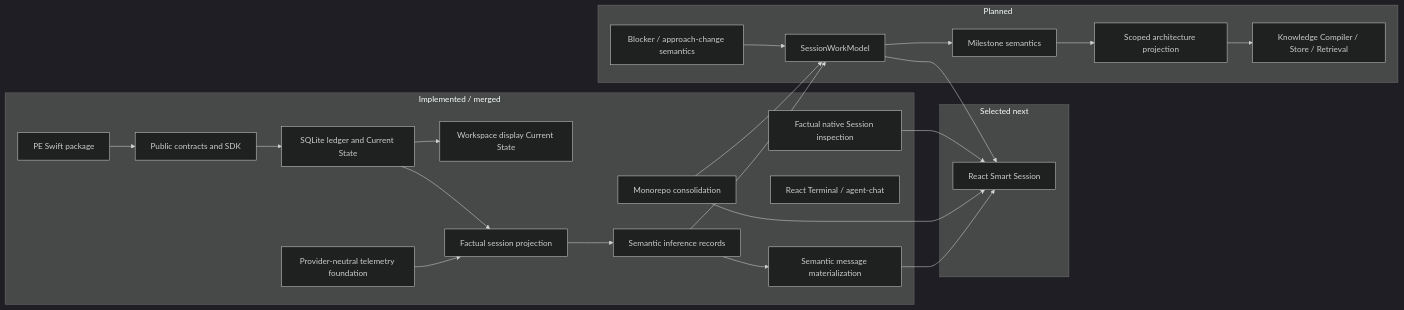
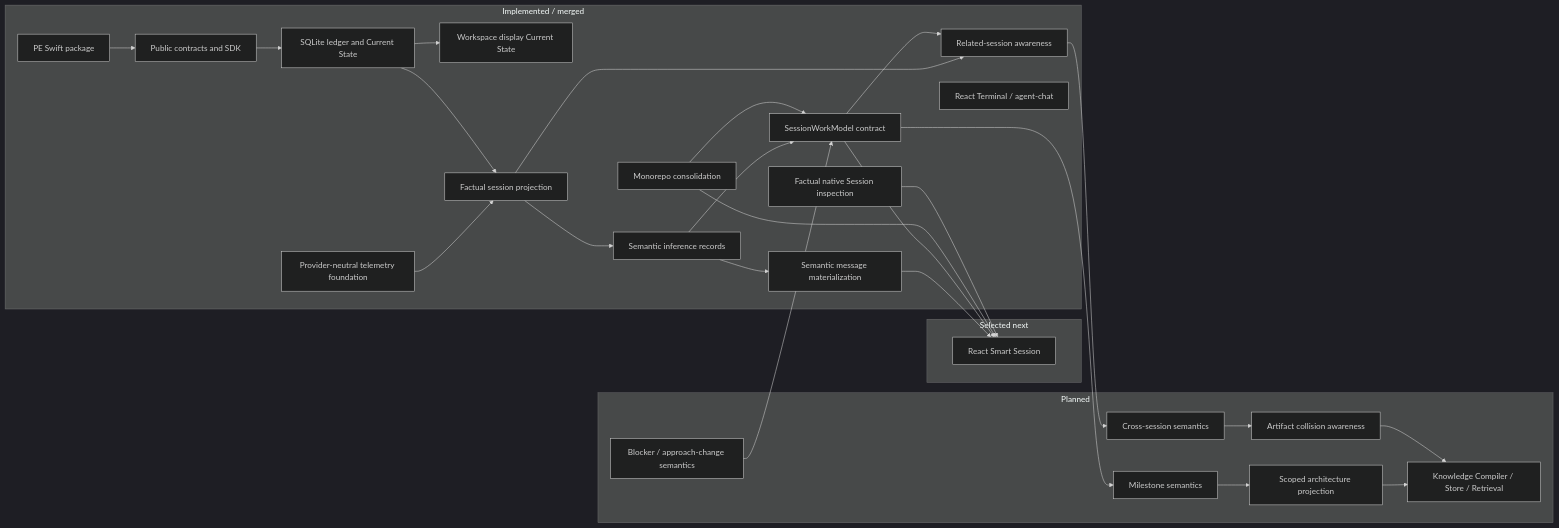
One commit to BrianBusby/bmux changed the diagram in docs/architecture/progress.md. Above: the diagram before and after it, drawn with Mermaid (dark theme). The commit also changed other lines of this file and 18 other files, not shown here.

Commit message:
Document related-session awareness foundation

````diff
--- a/docs/architecture/progress.md
+++ b/docs/architecture/progress.md
@@ -6,39 +6,46 @@
 ```mermaid
 flowchart LR
   subgraph implemented["Implemented / merged"]
     pe_pkg["PE Swift package"]
     local_sdk["Public contracts and SDK"]
     sqlite["SQLite ledger and Current State"]
     workspace["Workspace display Current State"]
     factual["Factual session projection"]
     semantic["Semantic inference records"]
     messages["Semantic message materialization"]
+    work_model["SessionWorkModel contract"]
+    related["Related-session awareness"]
     terminal["React Terminal / agent-chat"]
     telemetry["Provider-neutral telemetry foundation"]
     monorepo["Monorepo consolidation"]
     factual_ui["Factual native Session inspection"]
   end
 
   subgraph selected["Selected next"]
     smart["React Smart Session"]
   end
 
   subgraph planned["Planned"]
-    swm["SessionWorkModel"]
     milestone["Milestone semantics"]
     blocker["Blocker / approach-change semantics"]
     architecture["Scoped architecture projection"]
+    cross_semantics["Cross-session semantics"]
+    collision["Artifact collision awareness"]
     knowledge["Knowledge Compiler / Store / Retrieval"]
   end
 
   telemetry --> factual
   pe_pkg --> local_sdk --> sqlite --> workspace
   sqlite --> factual --> semantic --> messages
+  semantic --> work_model
+  factual --> related
+  work_model --> related
   messages --> smart
-  semantic --> swm --> smart
+  work_model --> smart
   monorepo --> smart
-  monorepo --> swm
+  monorepo --> work_model
   factual_ui --> smart
-  swm --> milestone --> architecture --> knowledge
-  blocker --> swm
+  work_model --> milestone --> architecture --> knowledge
+  blocker --> work_model
+  related --> cross_semantics --> collision --> knowledge
 ```
````
